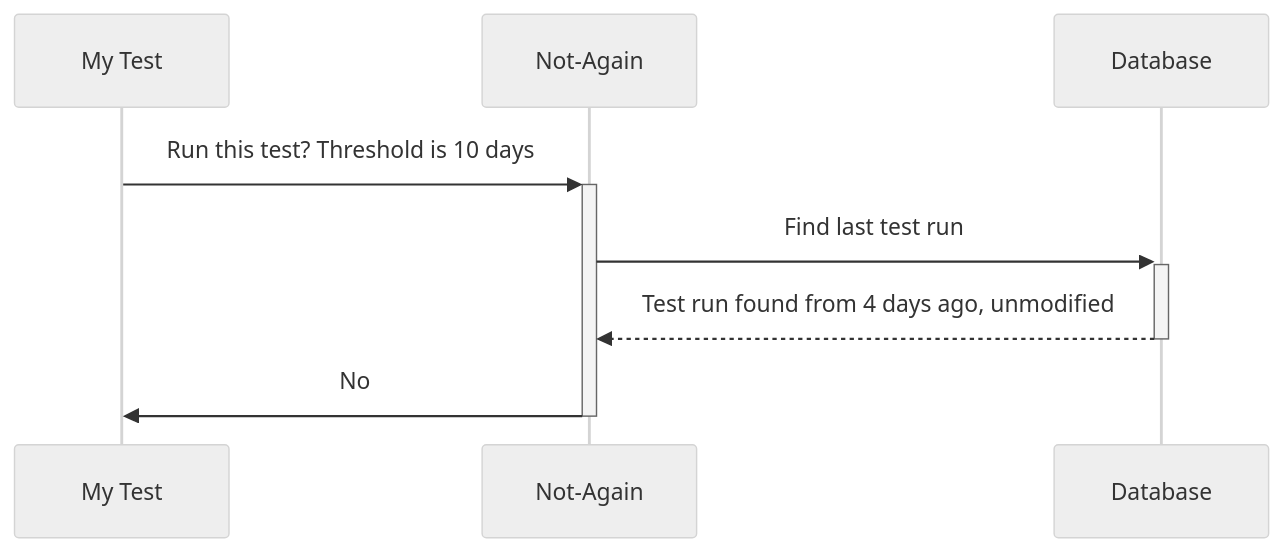
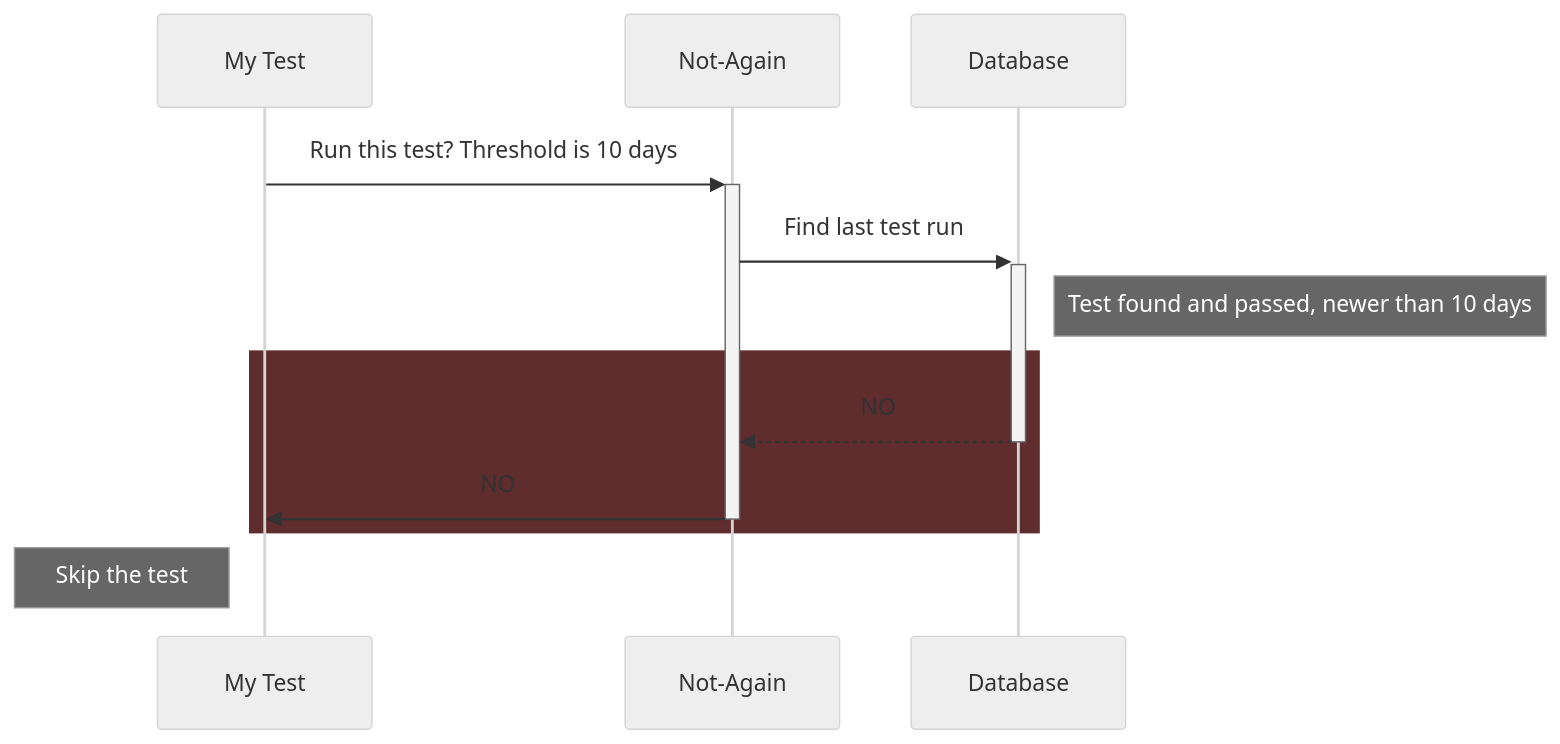
The second of 2 diagrams in README.md (gman-au/not-again), drawn with Mermaid (neutral theme) before and after one commit. The commit also changed other lines of this file, not shown here.

````diff
--- a/README.md
+++ b/README.md
@@ -42,7 +48,11 @@
 ```mermaid
 sequenceDiagram
     My Test->>+Not-Again: Run this test? Threshold is 10 days
-    Not-Again->>+Database: Find last test run
-    Database-->>-Not-Again: Test run found from 4 days ago, unmodified
-    Not-Again->>-My Test: No
+    Not-Again->>+Database: Find last test run    
+    Note right of Database: Test found and passed, newer than 10 days
+    rect rgb(95, 45, 45)
+    Database-->>-Not-Again: NO
+    Not-Again->>-My Test: NO
+    end
+    Note left of My Test: Skip the test
 ```
````
